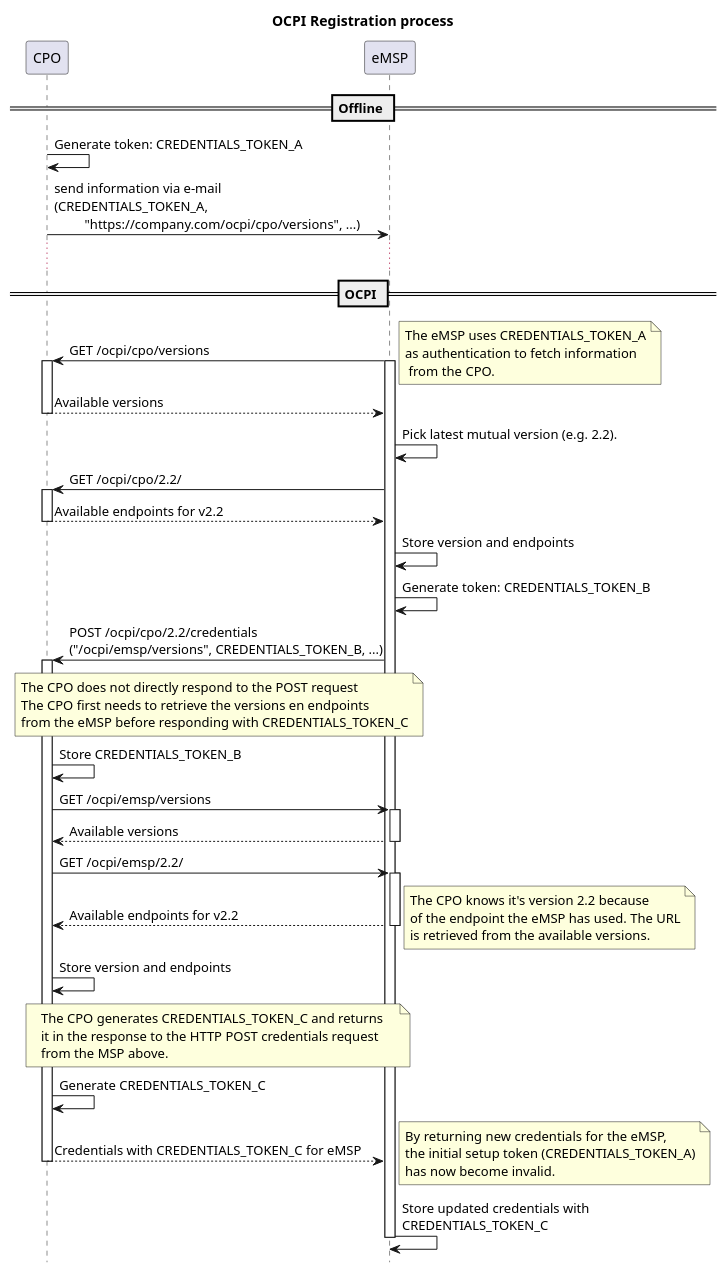
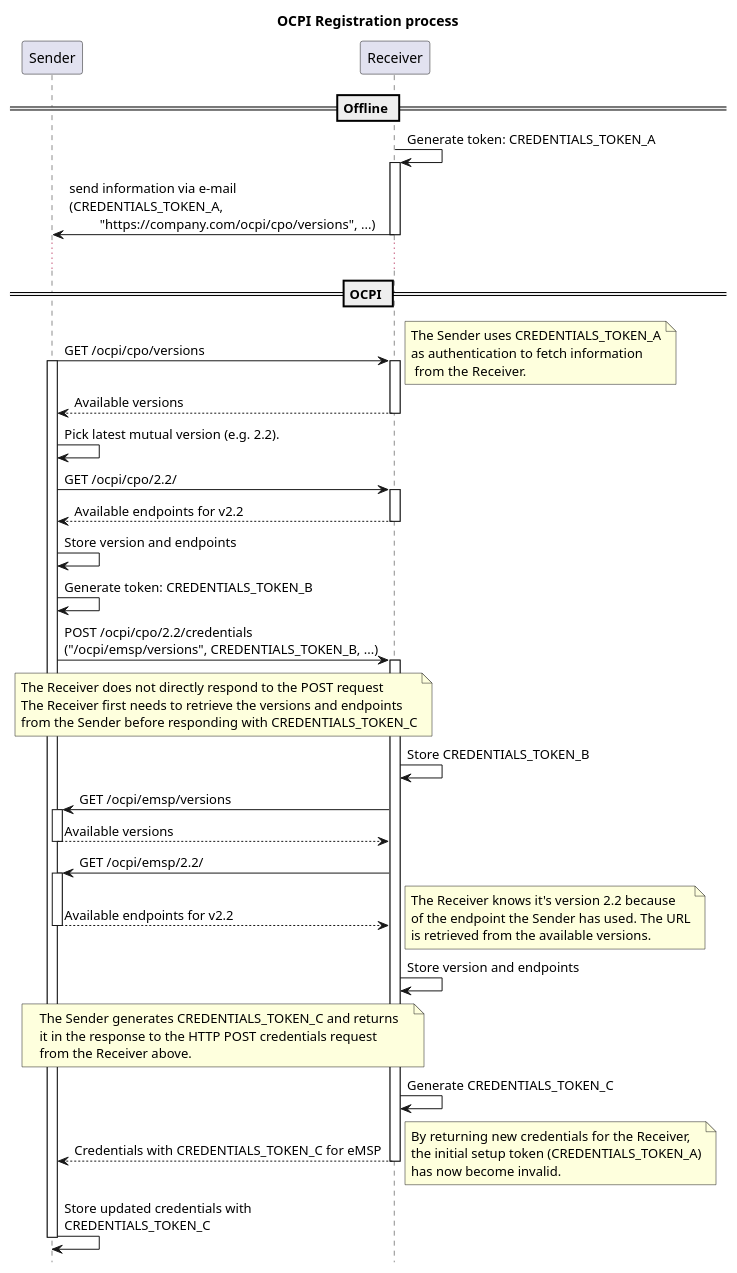
The diagram in plantuml/registration-sequence.plantuml (ocpi/ocpi), drawn with PlantUML before and after one commit. The commit also changed 4 other files, not shown here.

```diff
--- a/plantuml/registration-sequence.plantuml
+++ b/plantuml/registration-sequence.plantuml
@@ -1,78 +1,80 @@
 @startuml
 title OCPI Registration process
 hide footbox
 
-participant CPO
-participant eMSP
+participant "Sender" AS eMSP
+participant "Receiver" AS CPO
 
 == Offline ==
 
 CPO -> CPO: Generate token: CREDENTIALS_TOKEN_A
+activate CPO
 CPO -> eMSP: send information via e-mail \n(CREDENTIALS_TOKEN_A,\n         "https://company.com/ocpi/cpo/versions", ...)
+deactivate CPO
 
 ...
 
 == OCPI ==
 
 CPO <- eMSP: GET /ocpi/cpo/versions
 activate eMSP
 activate CPO
 note right
-    The eMSP uses CREDENTIALS_TOKEN_A
+    The Sender uses CREDENTIALS_TOKEN_A
     as authentication to fetch information
-     from the CPO.
+     from the Receiver.
 end note
 CPO --> eMSP: Available versions
 deactivate CPO
 
 eMSP -> eMSP: Pick latest mutual version (e.g. 2.2).
 CPO <- eMSP: GET /ocpi/cpo/2.2/
 activate CPO
 CPO --> eMSP: Available endpoints for v2.2
 deactivate CPO
 eMSP -> eMSP: Store version and endpoints
 eMSP -> eMSP: Generate token: CREDENTIALS_TOKEN_B
 CPO <- eMSP: POST /ocpi/cpo/2.2/credentials \n("/ocpi/emsp/versions", CREDENTIALS_TOKEN_B, ...)
 
 note over CPO, eMSP
-  The CPO does not directly respond to the POST request
-  The CPO first needs to retrieve the versions en endpoints
-  from the eMSP before responding with CREDENTIALS_TOKEN_C
+  The Receiver does not directly respond to the POST request
+  The Receiver first needs to retrieve the versions and endpoints
+  from the Sender before responding with CREDENTIALS_TOKEN_C
 end note
 
 activate CPO
 CPO -> CPO: Store CREDENTIALS_TOKEN_B
 CPO -> eMSP: GET /ocpi/emsp/versions
 activate eMSP
 CPO <-- eMSP: Available versions
 deactivate eMSP
 CPO -> eMSP: GET /ocpi/emsp/2.2/
 activate eMSP
 CPO <-- eMSP: Available endpoints for v2.2
 deactivate eMSP
 note right
-    The CPO knows it's version 2.2 because
-    of the endpoint the eMSP has used. The URL
+    The Receiver knows it's version 2.2 because
+    of the endpoint the Sender has used. The URL
     is retrieved from the available versions.
 end note
 CPO -> CPO: Store version and endpoints
 note over CPO, eMSP
-  The CPO generates CREDENTIALS_TOKEN_C and returns 
+  The Sender generates CREDENTIALS_TOKEN_C and returns
   it in the response to the HTTP POST credentials request 
-  from the MSP above. 
+  from the Receiver above.
 end note
 CPO -> CPO: Generate CREDENTIALS_TOKEN_C
 CPO --> eMSP: Credentials with CREDENTIALS_TOKEN_C for eMSP
 deactivate CPO
 
 
 note right
-    By returning new credentials for the eMSP,
+    By returning new credentials for the Receiver,
     the initial setup token (CREDENTIALS_TOKEN_A)
     has now become invalid.
 end note
 eMSP -> eMSP: Store updated credentials with\nCREDENTIALS_TOKEN_C
 
 deactivate eMSP
 
 @enduml
```
